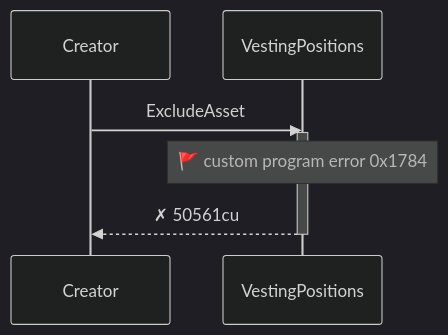
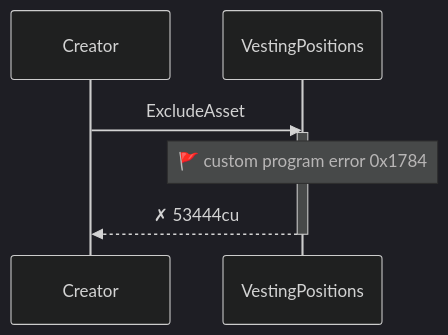
The tenth of 12 diagrams in babelfish-tests/test-report/exclude_asset_fails_when_fully_claimed.md (cds-turbin3/vesting-position), drawn with Mermaid (dark theme) before and after one commit. The commit also changed other lines of this file and 106 other files, not shown here.

````diff
--- a/babelfish-tests/test-report/exclude_asset_fails_when_fully_claimed.md
+++ b/babelfish-tests/test-report/exclude_asset_fails_when_fully_claimed.md
@@ -483,10 +497,10 @@
 ```mermaid
 sequenceDiagram
     participant p0 as Creator
     participant p1 as VestingPositions
     p0->>p1: ExcludeAsset
     activate p1
     note over p1: 🚩 custom program error  0x1784
-    p1-->>p0: ✗ 50561cu
+    p1-->>p0: ✗ 53444cu
     deactivate p1
 ```
````
